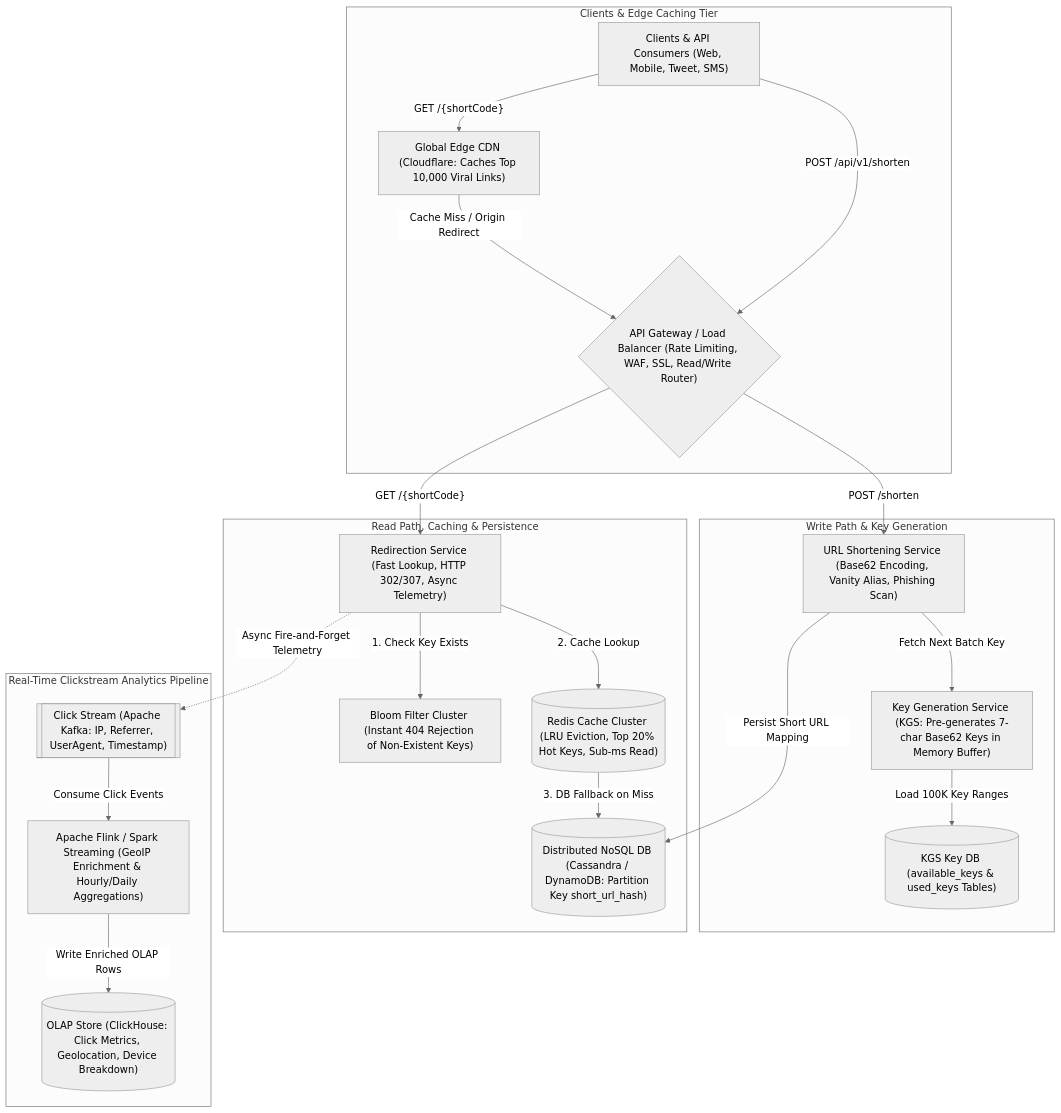
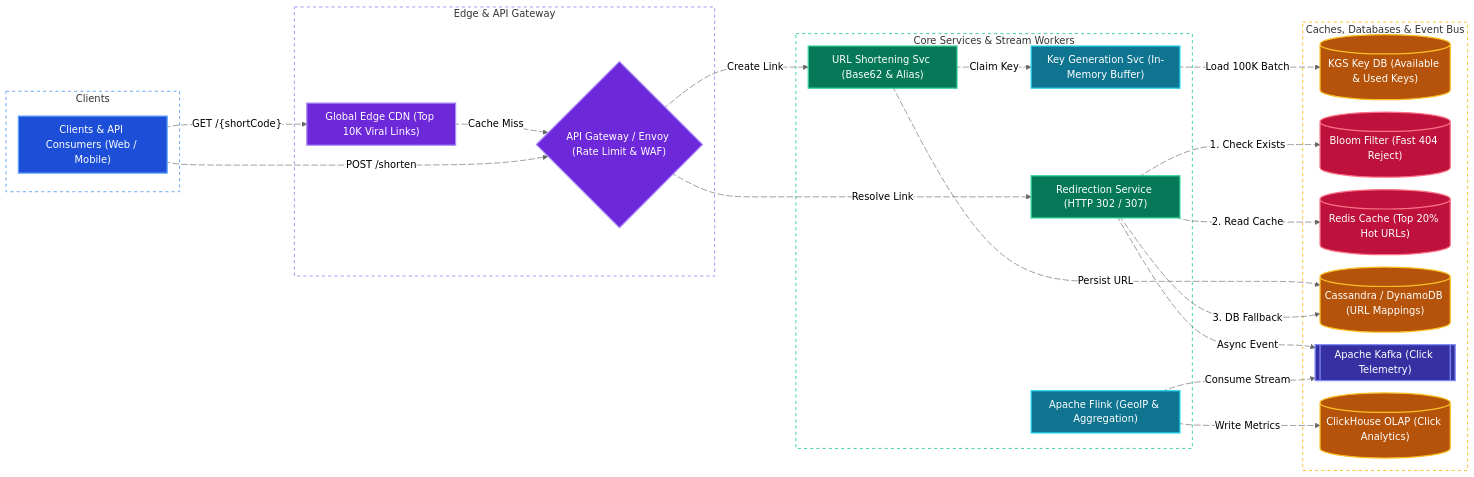
The third of 3 diagrams in system-design/bitly.md (tarunbatta/tech-interview-prep), drawn with Mermaid (neutral theme) before and after one commit. The commit also changed other lines of this file and 30 other files, not shown here.

First line of the commit message:
docs(system-design): convert Mermaid flowcharts to LR with colors and animated edges

````diff
--- a/system-design/bitly.md
+++ b/system-design/bitly.md
@@ -216,38 +252,75 @@
 ```mermaid
-flowchart TD
-    subgraph ClientAndEdge["Clients & Edge Caching Tier"]
-        Clients["Clients & API Consumers (Web, Mobile, Tweet, SMS)"]
-        CDN["Global Edge CDN (Cloudflare: Caches Top 10,000 Viral Links)"]
-        GW{"API Gateway / Load Balancer (Rate Limiting, WAF, SSL, Read/Write Router)"}
+%%{init: {'flowchart': {'nodeSpacing': 20, 'rankSpacing': 40, 'padding': 10}}}%%
+flowchart LR
+    subgraph ClientTier["Clients"]
+        Clients["Clients & API Consumers (Web / Mobile)"]
     end
-    subgraph WriteServices["Write Path & Key Generation"]
-        WriteSvc["URL Shortening Service (Base62 Encoding, Vanity Alias, Phishing Scan)"]
-        KGS["Key Generation Service (KGS: Pre-generates 7-char Base62 Keys in Memory Buffer)"]
-        KGSDB[("KGS Key DB (available_keys & used_keys Tables)")]
+    subgraph EdgeTier["Edge & API Gateway"]
+        CDN["Global Edge CDN (Top 10K Viral Links)"]
+        GW{"API Gateway / Envoy (Rate Limit & WAF)"}
     end
-    subgraph ReadAndStorage["Read Path, Caching & Persistence"]
-        ReadSvc["Redirection Service (Fast Lookup, HTTP 302/307, Async Telemetry)"]
-        Bloom["Bloom Filter Cluster (Instant 404 Rejection of Non-Existent Keys)"]
-        Redis[("Redis Cache Cluster (LRU Eviction, Top 20% Hot Keys, Sub-ms Read)")]
-        NoSQL[("Distributed NoSQL DB (Cassandra / DynamoDB: Partition Key short_url_hash)")]
+    subgraph CoreServices["Core Services & Stream Workers"]
+        WriteSvc["URL Shortening Svc (Base62 & Alias)"]
+        KGS["Key Generation Svc (In-Memory Buffer)"]
+        ReadSvc["Redirection Service (HTTP 302 / 307)"]
+        Flink["Apache Flink (GeoIP & Aggregation)"]
     end
-    subgraph AnalyticsStream["Real-Time Clickstream Analytics Pipeline"]
-        Kafka[["Click Stream (Apache Kafka: IP, Referrer, UserAgent, Timestamp)"]]
-        Flink["Apache Flink / Spark Streaming (GeoIP Enrichment & Hourly/Daily Aggregations)"]
-        ClickHouse[("OLAP Store (ClickHouse: Click Metrics, Geolocation, Device Breakdown)")]
+    subgraph DataAndEventTier["Caches, Databases & Event Bus"]
+        KGSDB[("KGS Key DB (Available & Used Keys)")]
+        Bloom[("Bloom Filter (Fast 404 Reject)")]
+        Redis[("Redis Cache (Top 20% Hot URLs)")]
+        NoSQL[("Cassandra / DynamoDB (URL Mappings)")]
+        Kafka[["Apache Kafka (Click Telemetry)"]]
+        ClickHouse[("ClickHouse OLAP (Click Analytics)")]
     end
-    Clients -->|"GET /{shortCode}"| CDN
-    CDN -->|"Cache Miss / Origin Redirect"| GW
-    Clients -->|"POST /api/v1/shorten"| GW
-    GW -->|"POST /shorten"| WriteSvc
-    WriteSvc -->|"Fetch Next Batch Key"| KGS
-    KGS -->|"Load 100K Key Ranges"| KGSDB
-    WriteSvc -->|"Persist Short URL Mapping"| NoSQL
-    GW -->|"GET /{shortCode}"| ReadSvc
-    ReadSvc -->|"1. Check Key Exists"| Bloom
-    ReadSvc -->|"2. Cache Lookup"| Redis
-    Redis -->|"3. DB Fallback on Miss"| NoSQL
-    ReadSvc -.->|"Async Fire-and-Forget Telemetry"| Kafka
-    Kafka -->|"Consume Click Events"| Flink
-    Flink -->|"Write Enriched OLAP Rows"| ClickHouse
+    Clients e1@-->|"GET /{shortCode}"| CDN
+    CDN e2@-->|"Cache Miss"| GW
+    Clients e3@-->|"POST /shorten"| GW
+    GW e4@-->|"Create Link"| WriteSvc
+    GW e5@-->|"Resolve Link"| ReadSvc
+    WriteSvc e6@-->|"Claim Key"| KGS
+    WriteSvc e7@-->|"Persist URL"| NoSQL
+    KGS e8@-->|"Load 100K Batch"| KGSDB
+    ReadSvc e9@-->|"1. Check Exists"| Bloom
+    ReadSvc e10@-->|"2. Read Cache"| Redis
+    ReadSvc e11@-->|"3. DB Fallback"| NoSQL
+    ReadSvc e12@-.->|"Async Event"| Kafka
+    Flink e13@-->|"Consume Stream"| Kafka
+    Flink e14@-->|"Write Metrics"| ClickHouse
+
+    e1@{ animate: true }
+    e2@{ animate: true }
+    e3@{ animate: true }
+    e4@{ animate: true }
+    e5@{ animate: true }
+    e6@{ animate: true }
+    e7@{ animate: true }
+    e8@{ animate: true }
+    e9@{ animate: true }
+    e10@{ animate: true }
+    e11@{ animate: true }
+    e12@{ animate: true }
+    e13@{ animate: true }
+    e14@{ animate: true }
+
+    classDef client fill:#1d4ed8,stroke:#60a5fa,stroke-width:2px,color:#ffffff
+    classDef edge fill:#6d28d9,stroke:#a78bfa,stroke-width:2px,color:#ffffff
+    classDef service fill:#047857,stroke:#34d399,stroke-width:2px,color:#ffffff
+    classDef worker fill:#0e7490,stroke:#22d3ee,stroke-width:2px,color:#ffffff
+    classDef cache fill:#be123c,stroke:#fb7185,stroke-width:2px,color:#ffffff
+    classDef storage fill:#b45309,stroke:#fbbf24,stroke-width:2px,color:#ffffff
+    classDef queue fill:#3730a3,stroke:#818cf8,stroke-width:2px,color:#ffffff
+
+    class Clients client
+    class CDN,GW edge
+    class WriteSvc,ReadSvc service
+    class KGS,Flink worker
+    class Bloom,Redis cache
+    class KGSDB,NoSQL,ClickHouse storage
+    class Kafka queue
+
+    style ClientTier fill:transparent,stroke:#60a5fa,stroke-width:1.5px,stroke-dasharray: 5 5
+    style EdgeTier fill:transparent,stroke:#a78bfa,stroke-width:1.5px,stroke-dasharray: 5 5
+    style CoreServices fill:transparent,stroke:#34d399,stroke-width:1.5px,stroke-dasharray: 5 5
+    style DataAndEventTier fill:transparent,stroke:#fbbf24,stroke-width:1.5px,stroke-dasharray: 5 5
 ```
````
